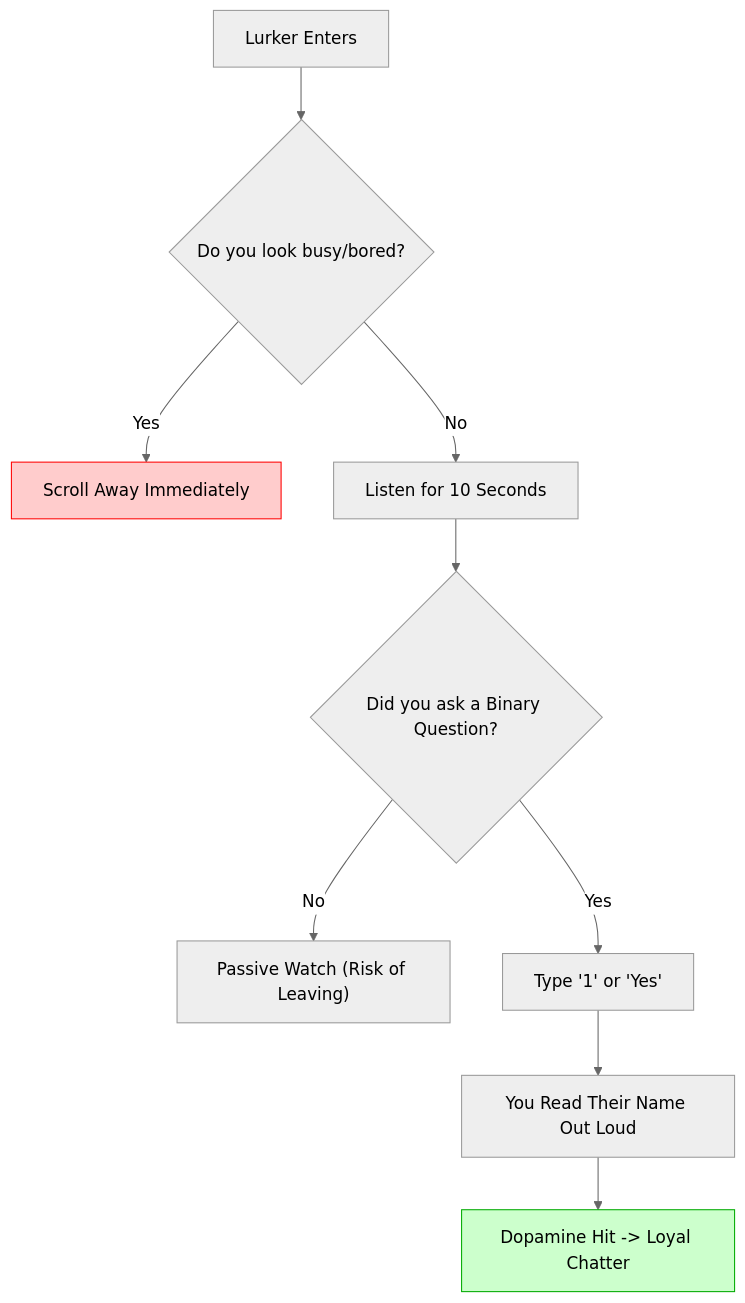
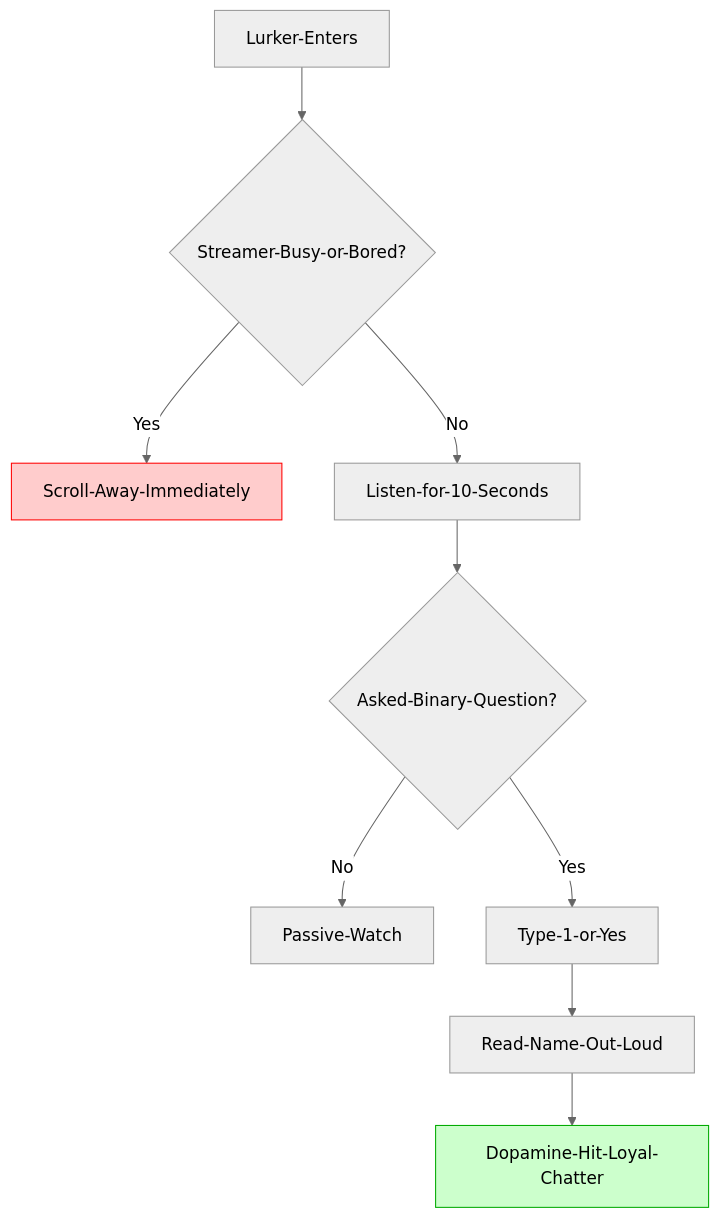
Before and after one commit to littl3-boat/ttwise: the diagram in data/blog/tiktok-live-viewers-dont-interact-fix-2026.mdx, drawn with Mermaid (neutral theme). The commit also changed 35 other files, not shown here.

First line of the commit message:
feat: fix Mermaid diagram syntax across blog posts and add new Reddit-sourced blog entries

````diff
--- a/data/blog/tiktok-live-viewers-dont-interact-fix-2026.mdx
+++ b/data/blog/tiktok-live-viewers-dont-interact-fix-2026.mdx
@@ -61,14 +61,14 @@
 ```mermaid
-graph TD
-    A[Lurker Enters] --> B{Do you look busy/bored?}
-    B -- Yes --> C[Scroll Away Immediately]
-    B -- No --> D[Listen for 10 Seconds]
-    D --> E{Did you ask a Binary Question?}
-    E -- No --> F["Passive Watch (Risk of Leaving)"]
-    E -- Yes --> G["Type '1' or 'Yes'"]
-    G --> H[You Read Their Name Out Loud]
-    H --> I[Dopamine Hit -> Loyal Chatter]
+flowchart TD
+    A[Lurker-Enters] --> B{Streamer-Busy-or-Bored?}
+    B -- Yes --> C[Scroll-Away-Immediately]
+    B -- No --> D[Listen-for-10-Seconds]
+    D --> E{Asked-Binary-Question?}
+    E -- No --> F[Passive-Watch]
+    E -- Yes --> G[Type-1-or-Yes]
+    G --> H[Read-Name-Out-Loud]
+    H --> I[Dopamine-Hit-Loyal-Chatter]
     
     style C fill:#ffcccc,stroke:#ff0000
     style I fill:#ccffcc,stroke:#00aa00
 ```
````
